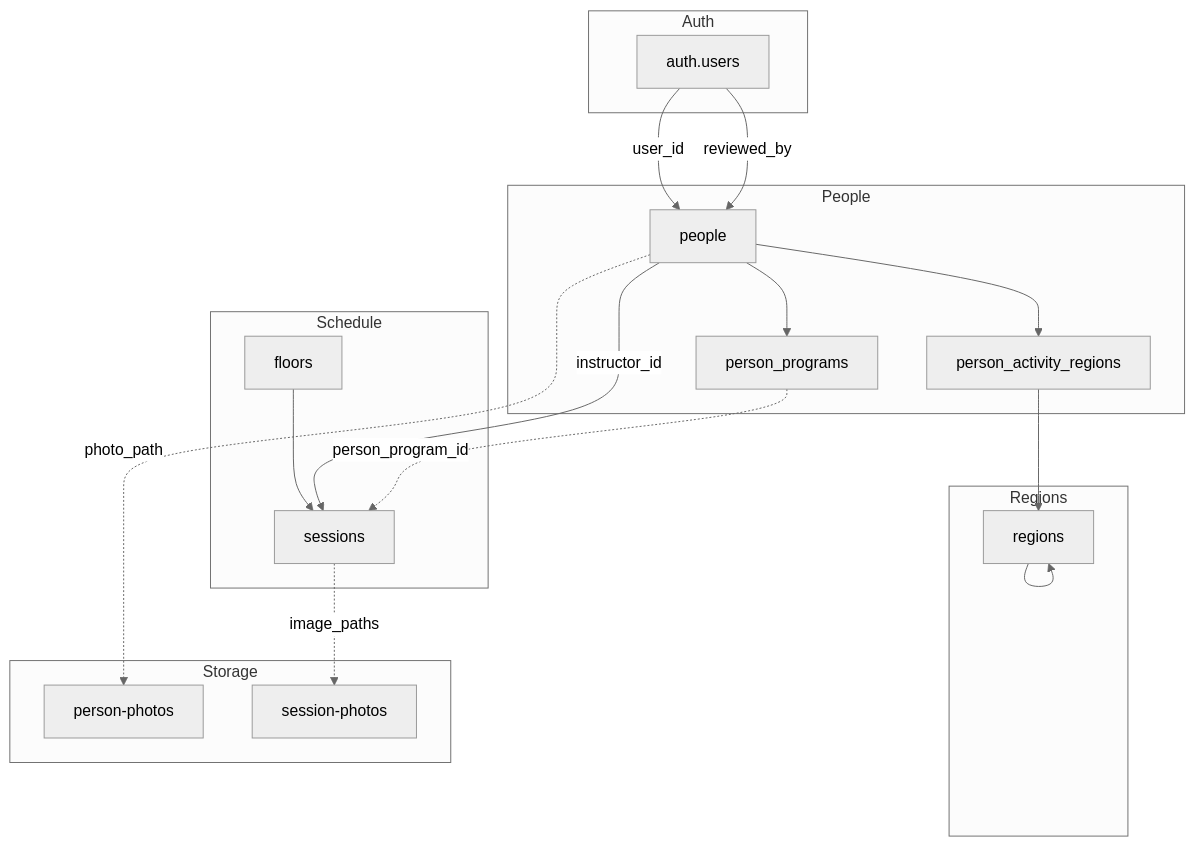
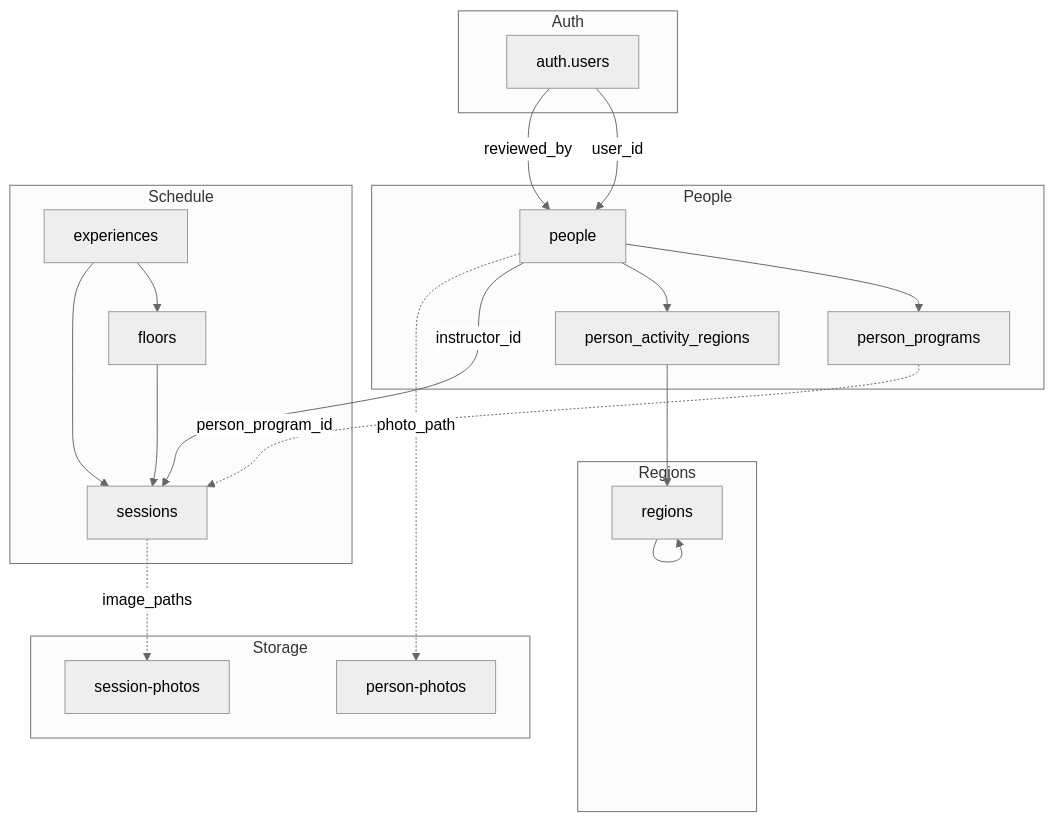
Before and after one commit to greatgiho/thewellnesskorea: the second of 3 diagrams in docs/database-erd.md, drawn with Mermaid (neutral theme). The commit also changed other lines of this file and 21 other files, not shown here.

````diff
--- a/docs/database-erd.md
+++ b/docs/database-erd.md
@@ -126,38 +143,41 @@
 ```mermaid
 flowchart TB
     subgraph auth_domain [Auth]
         AU[auth.users]
     end
 
     subgraph people_domain [People]
         P[people]
         PP[person_programs]
         PAR[person_activity_regions]
         P --> PP
         P --> PAR
     end
 
     subgraph geo_domain [Regions]
         R[regions]
         R --> R
         PAR --> R
     end
 
     subgraph schedule_domain [Schedule]
+        E[experiences]
         F[floors]
         S[sessions]
+        E --> F
         F --> S
+        E --> S
     end
 
     subgraph storage_domain [Storage]
         BP[person-photos]
         BS[session-photos]
     end
 
     AU -->|user_id| P
     AU -->|reviewed_by| P
     P -->|instructor_id| S
     PP -.->|person_program_id| S
     P -.->|photo_path| BP
     S -.->|image_paths| BS
 ```
````
